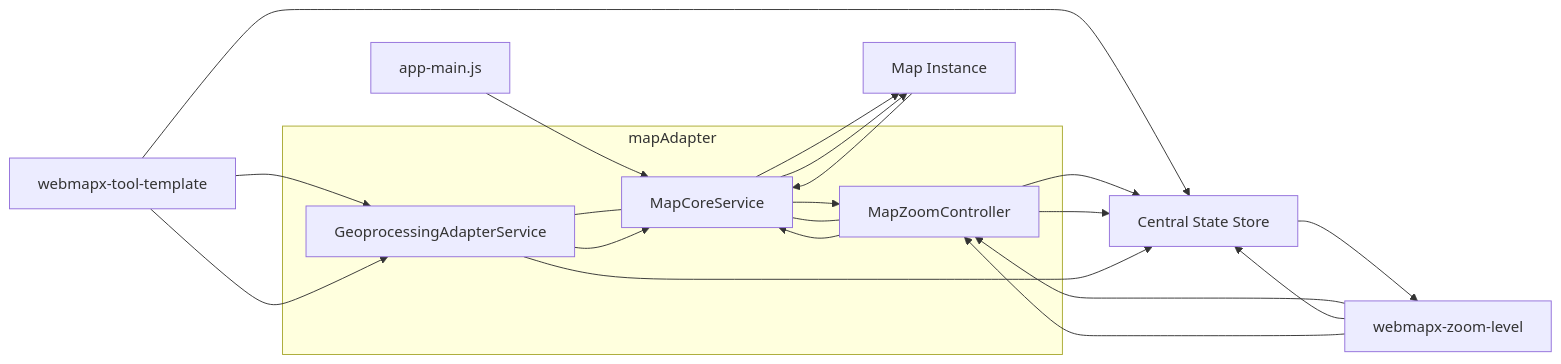
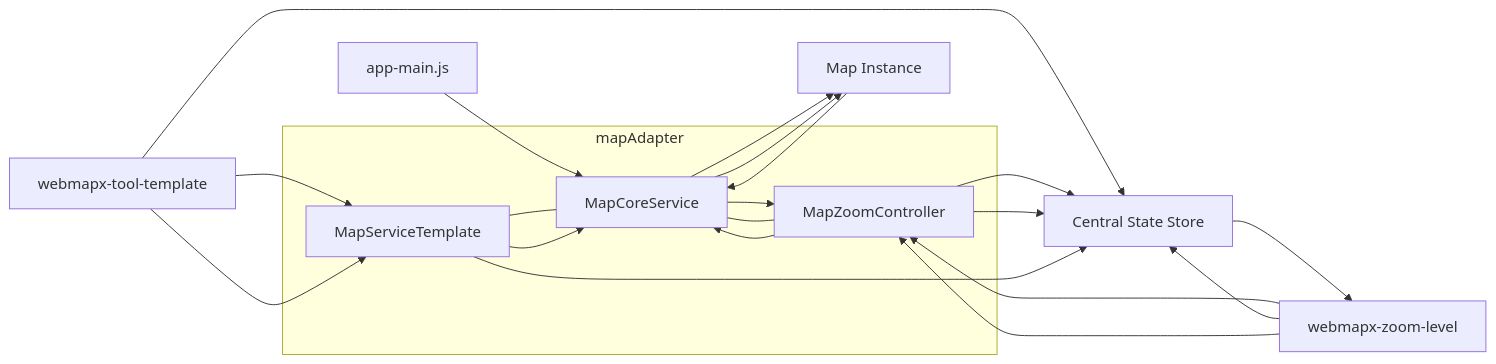
One commit to edugis-org/webmapx changed the diagram in docs/DEVELOPER_GUIDE.md. Above: the diagram before and after it, drawn with Mermaid. The commit also changed other lines of this file and 5 other files, not shown here.

````diff
--- a/docs/DEVELOPER_GUIDE.md
+++ b/docs/DEVELOPER_GUIDE.md
@@ -56,46 +56,46 @@
 ```mermaid
 flowchart LR
         subgraph Adapter[mapAdapter]
             MCS[MapCoreService]
-            GAS[GeoprocessingAdapterService]
+            MST[MapServiceTemplate]
             MZC[MapZoomController]
         end
 
         MAP[Map Instance]
         STORE[Central State Store]
 
         ZCOMP[webmapx-zoom-level]
         TCOMP[webmapx-tool-template]
         APP[app-main.js]
 
         %% App initializes core which creates the map instance
         APP --> MCS
         MCS --> MAP
 
         %% Controllers/services depend on core
         MZC --- MCS
-        GAS --- MCS
+        MST --- MCS
 
         %% Components use controllers/services and subscribe to store
         ZCOMP --> MZC
-        TCOMP --> GAS
+        TCOMP --> MST
         ZCOMP --> STORE
         TCOMP --> STORE
 
         %% Zoom flow (UI intent -> core -> map -> store)
         ZCOMP --> MZC
         MZC --> MCS
         MCS --> MAP
         MZC --> STORE
 
         %% Map emits zoomend -> core -> controller -> store -> UI update
         MAP --> MCS
         MCS --> MZC
         MZC --> STORE
         STORE --> ZCOMP
 
-        %% Geoprocessing flow (UI intent -> service -> core/map -> store)
-        TCOMP --> GAS
-        GAS --> MCS
-        GAS --> STORE
+        %% Tool service flow (UI intent -> service -> core/map -> store)
+        TCOMP --> MST
+        MST --> MCS
+        MST --> STORE
 ```
````
